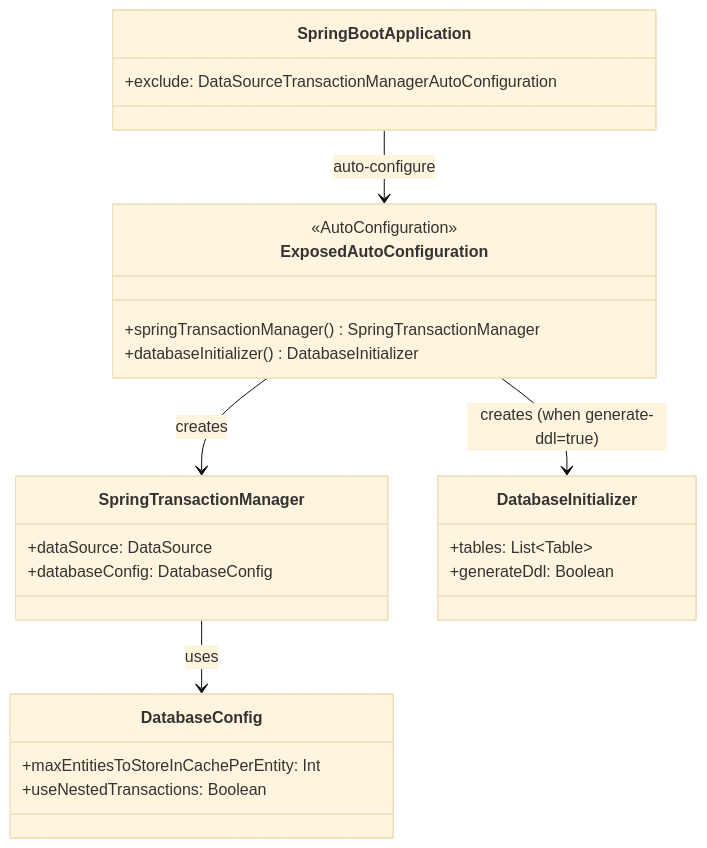
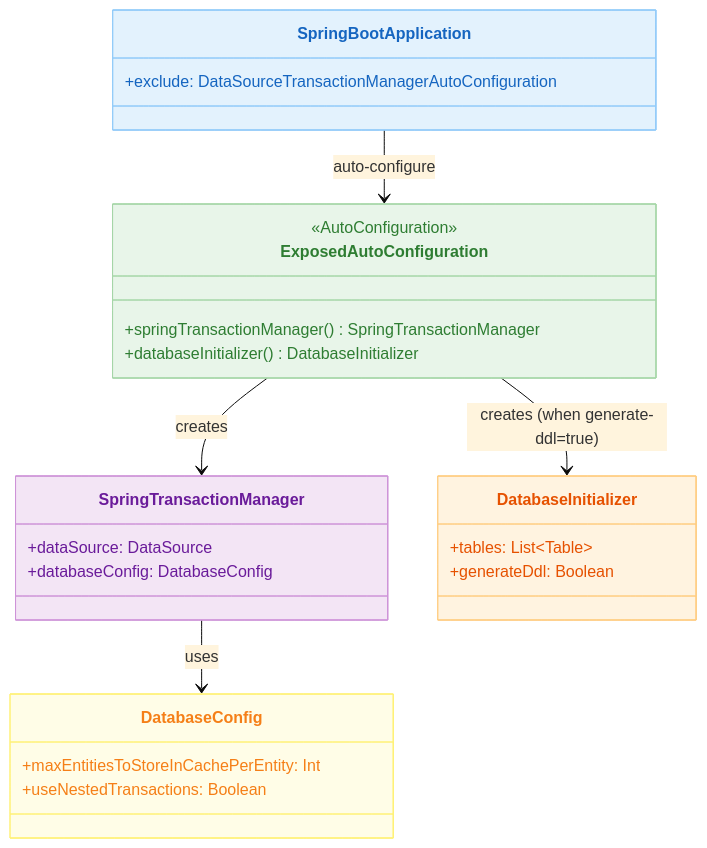
One commit to bluetape4k/exposed-workshop changed the first of 2 diagrams in 09-spring/01-springboot-autoconfigure/README.md. Above: the diagram before and after it, drawn with Mermaid (base theme). The commit also changed 56 other files, not shown here.

First line of the commit message:
docs: 전체 README mermaid 다이어그램에 파스텔 톤 색상 적용

````diff
--- a/09-spring/01-springboot-autoconfigure/README.md
+++ b/09-spring/01-springboot-autoconfigure/README.md
@@ -21,28 +21,34 @@
 ```mermaid
 classDiagram
     class SpringBootApplication {
         +exclude: DataSourceTransactionManagerAutoConfiguration
     }
     class ExposedAutoConfiguration {
         <<AutoConfiguration>>
         +springTransactionManager() SpringTransactionManager
         +databaseInitializer() DatabaseInitializer
     }
     class SpringTransactionManager {
         +dataSource: DataSource
         +databaseConfig: DatabaseConfig
     }
     class DatabaseInitializer {
         +tables: List~Table~
         +generateDdl: Boolean
     }
     class DatabaseConfig {
         +maxEntitiesToStoreInCachePerEntity: Int
         +useNestedTransactions: Boolean
     }
 
     SpringBootApplication --> ExposedAutoConfiguration : auto-configure
     ExposedAutoConfiguration --> SpringTransactionManager : creates
     ExposedAutoConfiguration --> DatabaseInitializer : creates (when generate-ddl=true)
     SpringTransactionManager --> DatabaseConfig : uses
+
+    style SpringBootApplication fill:#E3F2FD,stroke:#90CAF9,color:#1565C0
+    style ExposedAutoConfiguration fill:#E8F5E9,stroke:#A5D6A7,color:#2E7D32
+    style SpringTransactionManager fill:#F3E5F5,stroke:#CE93D8,color:#6A1B9A
+    style DatabaseInitializer fill:#FFF3E0,stroke:#FFCC80,color:#E65100
+    style DatabaseConfig fill:#FFFDE7,stroke:#FFF176,color:#F57F17
 ```
````
